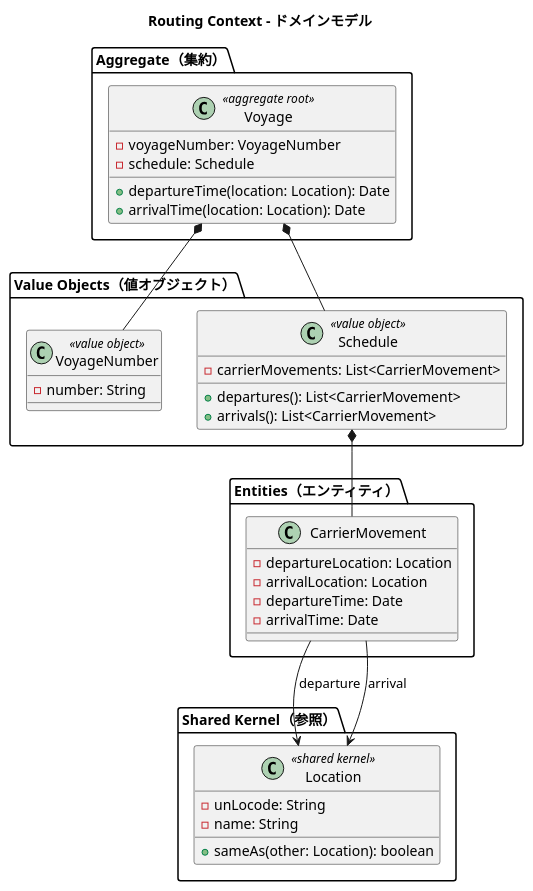
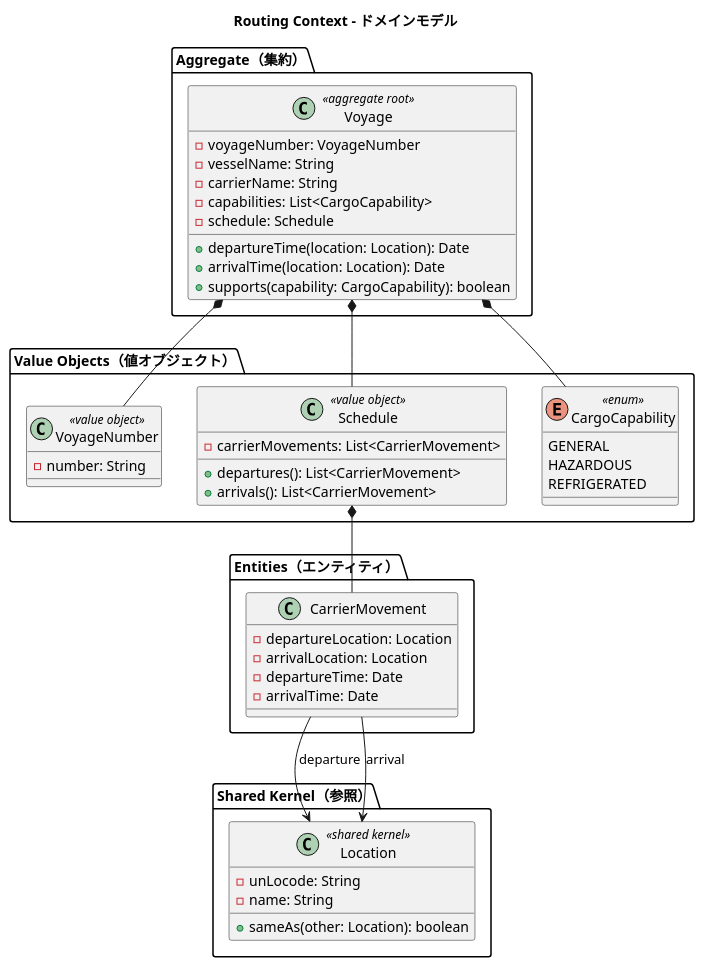
Before and after one commit to k2works/case-study-cargo-tracker: the fifth of 11 diagrams in docs/design/domain-model.md, drawn with PlantUML. The commit also changed other lines of this file and 2 other files, not shown here.

````diff
--- a/docs/design/domain-model.md
+++ b/docs/design/domain-model.md
@@ -522,49 +523,59 @@
 ```plantuml
 @startuml
 title Routing Context - ドメインモデル
 
 package "Aggregate（集約）" {
   class Voyage <<aggregate root>> {
     -voyageNumber: VoyageNumber
+    -vesselName: String
+    -carrierName: String
+    -capabilities: List<CargoCapability>
     -schedule: Schedule
     +departureTime(location: Location): Date
     +arrivalTime(location: Location): Date
+    +supports(capability: CargoCapability): boolean
   }
 }
 
 package "Value Objects（値オブジェクト）" {
   class VoyageNumber <<value object>> {
     -number: String
   }
   class Schedule <<value object>> {
     -carrierMovements: List<CarrierMovement>
     +departures(): List<CarrierMovement>
     +arrivals(): List<CarrierMovement>
+  }
+  enum CargoCapability <<enum>> {
+    GENERAL
+    HAZARDOUS
+    REFRIGERATED
   }
 }
 
 package "Entities（エンティティ）" {
   class CarrierMovement {
     -departureLocation: Location
     -arrivalLocation: Location
     -departureTime: Date
     -arrivalTime: Date
   }
 }
 
 package "Shared Kernel（参照）" {
   class Location <<shared kernel>> {
     -unLocode: String
     -name: String
     +sameAs(other: Location): boolean
   }
 }
 
 Voyage *-- VoyageNumber
+Voyage *-- CargoCapability
 Voyage *-- Schedule
 Schedule *-- CarrierMovement
 CarrierMovement --> Location : departure
 CarrierMovement --> Location : arrival
 
 @enduml
 ```
````
